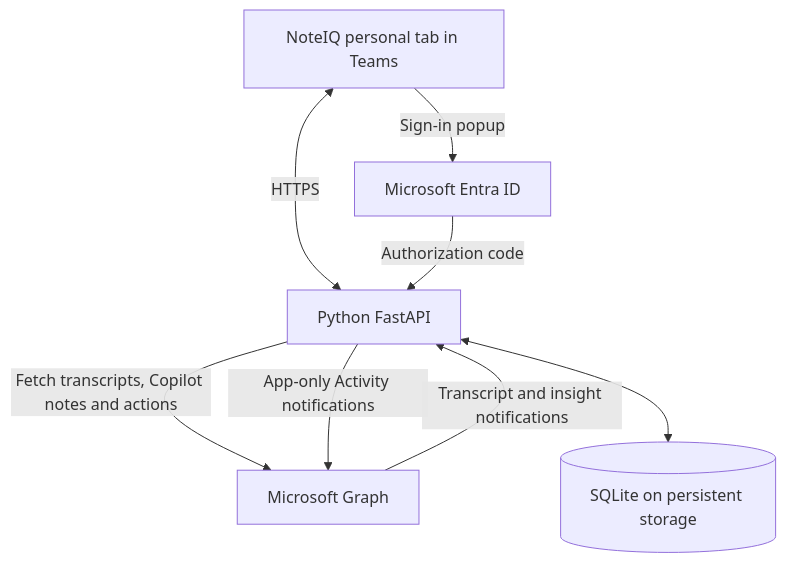
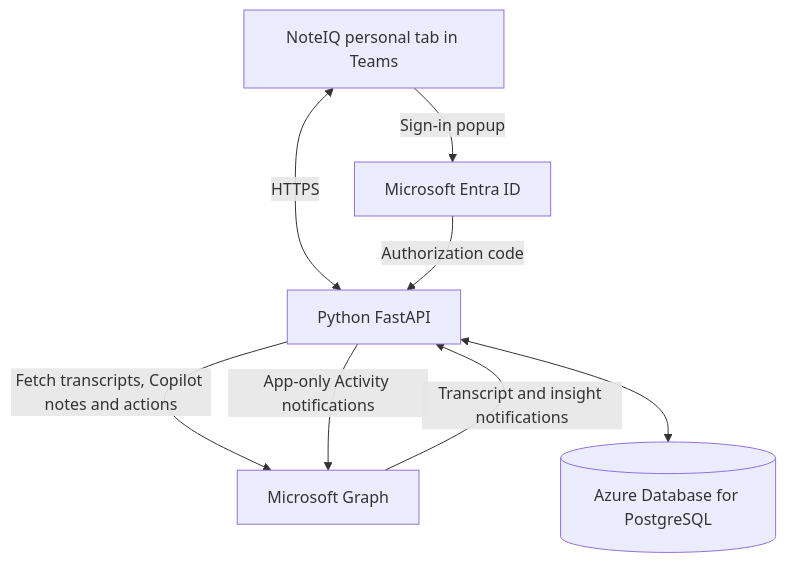
Before and after one commit to indresh-singh/NoteIQ: the diagram in docs/architecture.md, drawn with Mermaid. The commit also changed other lines of this file and 31 other files, not shown here.

````diff
--- a/docs/architecture.md
+++ b/docs/architecture.md
@@ -5,10 +5,10 @@
 ```mermaid
 flowchart TD
     Teams[NoteIQ personal tab in Teams] <-->|HTTPS| Web[Python FastAPI]
     Teams -->|Sign-in popup| Entra[Microsoft Entra ID]
     Entra -->|Authorization code| Web
     Graph[Microsoft Graph] -->|Transcript and insight notifications| Web
     Web -->|Fetch transcripts, Copilot notes and actions| Graph
     Web -->|App-only Activity notifications| Graph
-    Web <--> DB[(SQLite on persistent storage)]
+    Web <--> DB[(Azure Database for PostgreSQL)]
 ```
````
